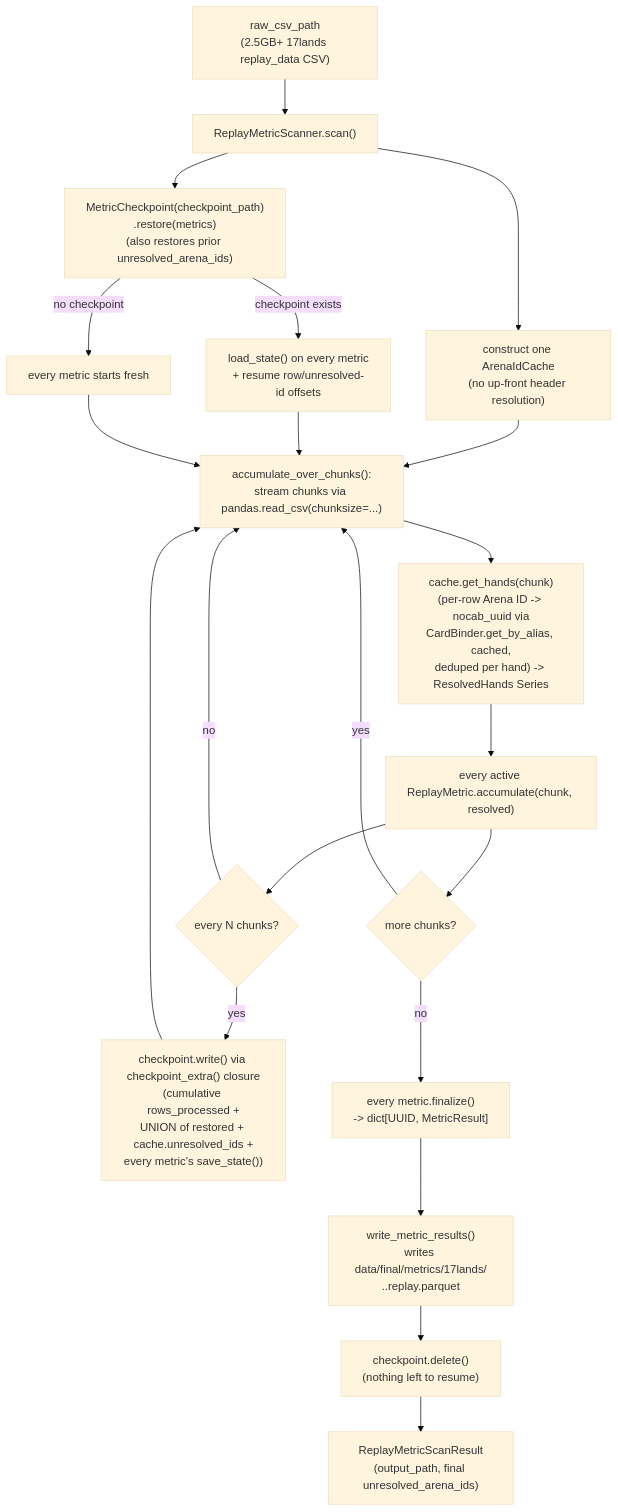
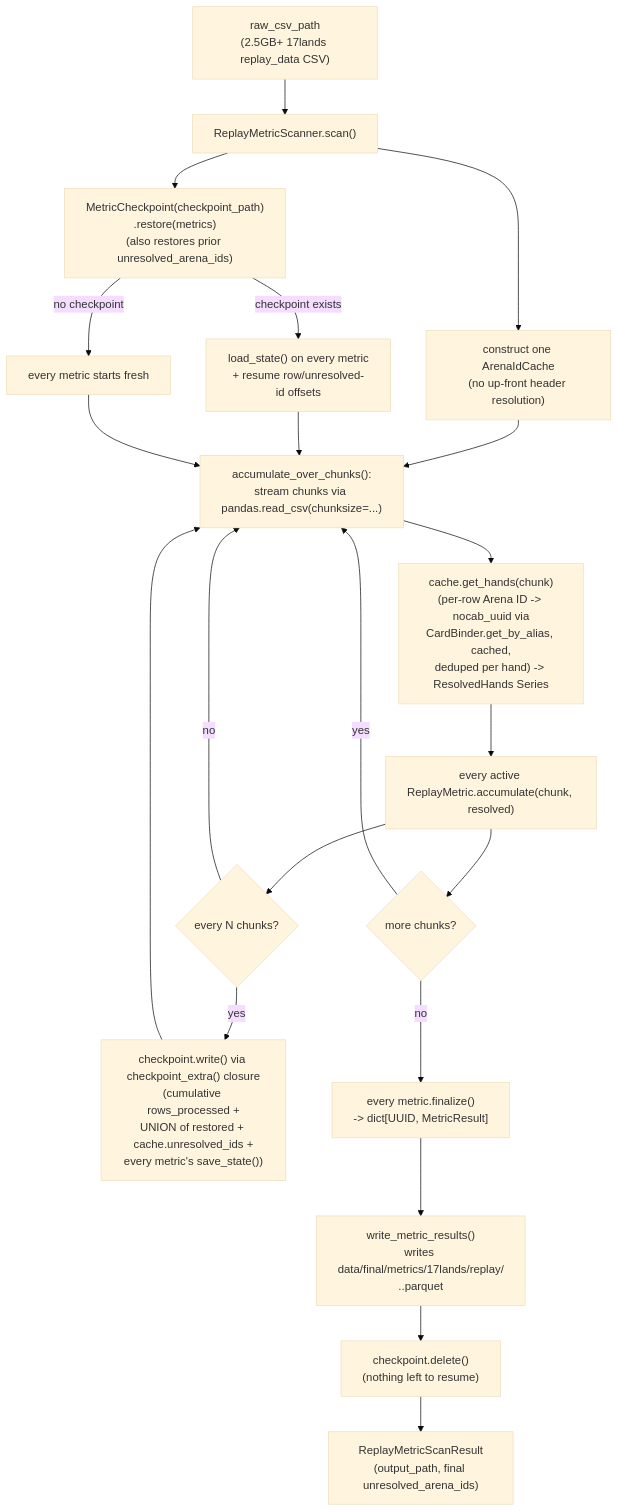
One commit to toon-leader-bacon/TradingCardGameEmbeddings changed the diagram in src/data_refinement/seventeenlands/replay_data_metrics/README.md. Above: the diagram before and after it, drawn with Mermaid (base theme). The commit also changed other lines of this file and 39 other files, not shown here.

````diff
--- a/src/data_refinement/seventeenlands/replay_data_metrics/README.md
+++ b/src/data_refinement/seventeenlands/replay_data_metrics/README.md
@@ -140,25 +147,25 @@
 ```mermaid
 flowchart TD
     A["raw_csv_path\n(2.5GB+ 17lands replay_data CSV)"] --> B["ReplayMetricScanner.scan()"]
     B --> C["construct one ArenaIdCache\n(no up-front header resolution)"]
     B --> H["MetricCheckpoint(checkpoint_path)\n.restore(metrics)\n(also restores prior unresolved_arena_ids)"]
     H -- checkpoint exists --> I["load_state() on every metric\n+ resume row/unresolved-id offsets"]
     H -- no checkpoint --> J["every metric starts fresh"]
     C --> K
     I --> K
     J --> K
 
     K["accumulate_over_chunks():\nstream chunks via pandas.read_csv(chunksize=...)"] --> L["cache.get_hands(chunk)\n(per-row Arena ID -> nocab_uuid via\nCardBinder.get_by_alias, cached,\ndeduped per hand) -> ResolvedHands Series"]
     L --> N["every active ReplayMetric.accumulate(chunk, resolved)"]
     N --> O{"every N chunks?"}
     O -- yes --> P["checkpoint.write() via checkpoint_extra() closure\n(cumulative rows_processed +\nUNION of restored + cache.unresolved_ids +\nevery metric's save_state())"]
     P --> K
     O -- no --> K
     N --> Q{"more chunks?"}
     Q -- yes --> K
     Q -- no --> R["every metric.finalize()\n-> dict[UUID, MetricResult]"]
 
-    R --> S["write_metric_results()\nwrites data/final/metrics/17lands/\n<expansion>.<format>.replay.parquet"]
+    R --> S["write_metric_results()\nwrites data/final/metrics/17lands/replay/\n<expansion>.<format>.parquet"]
     S --> T["checkpoint.delete()\n(nothing left to resume)"]
     T --> U["ReplayMetricScanResult\n(output_path, final unresolved_arena_ids)"]
 ```
````
